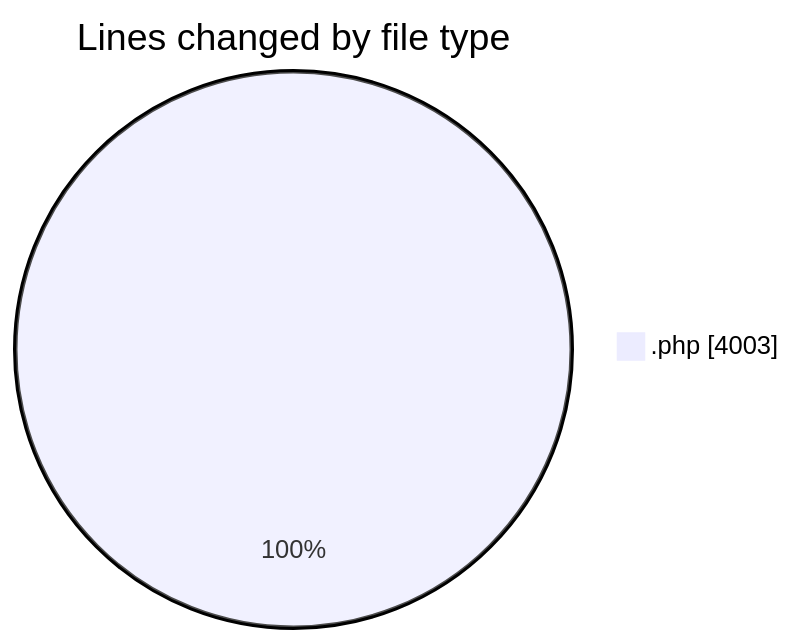
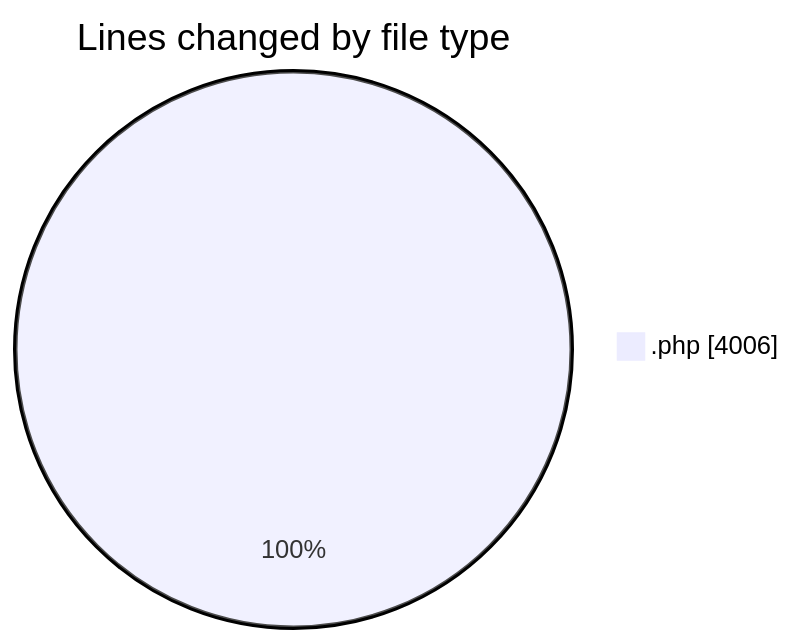
The first of 2 diagrams in 2025-10-03/untitled__workspace_/README.md (debugP/code-tracking), drawn with Mermaid before and after one commit. The commit also changed other lines of this file and 1 other file, not shown here.

````diff
--- a/2025-10-03/untitled__workspace_/README.md
+++ b/2025-10-03/untitled__workspace_/README.md
@@ -21,5 +21,5 @@
 ```mermaid
 pie showData
 title Lines changed by file type
-".php" : 4003
+".php" : 4006
 ```
````
